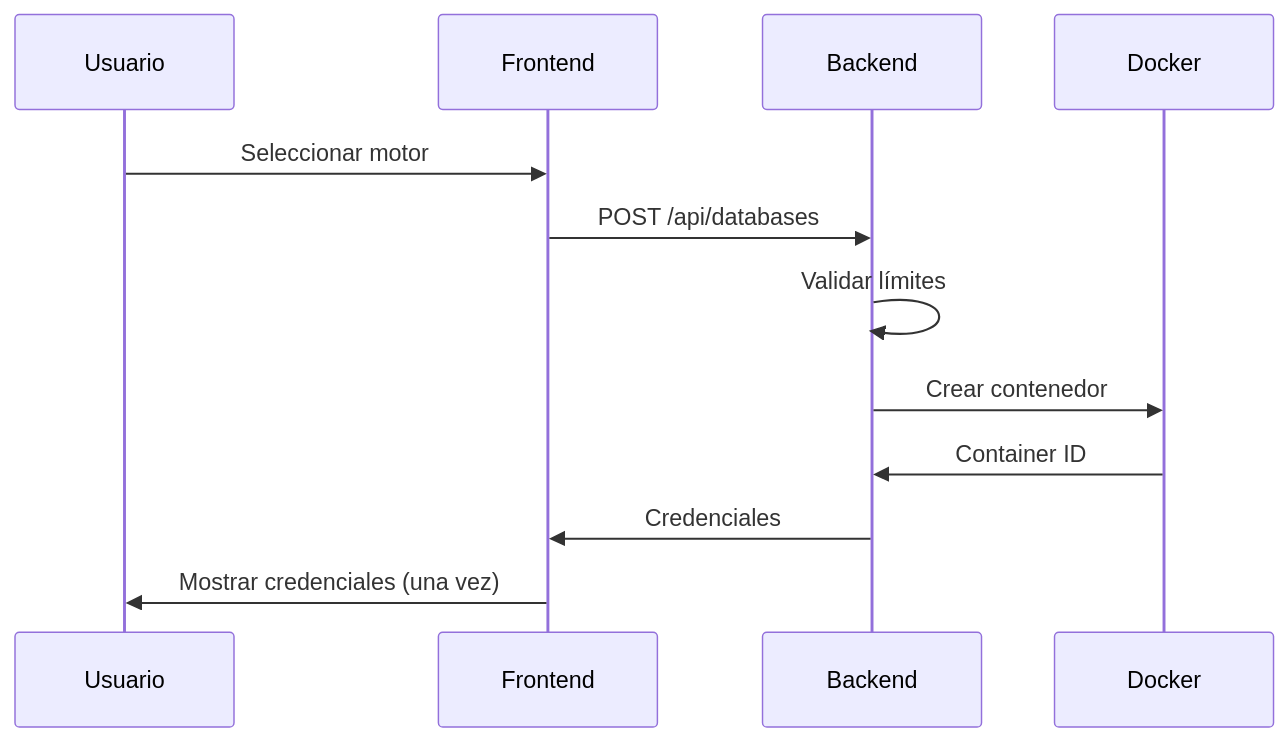
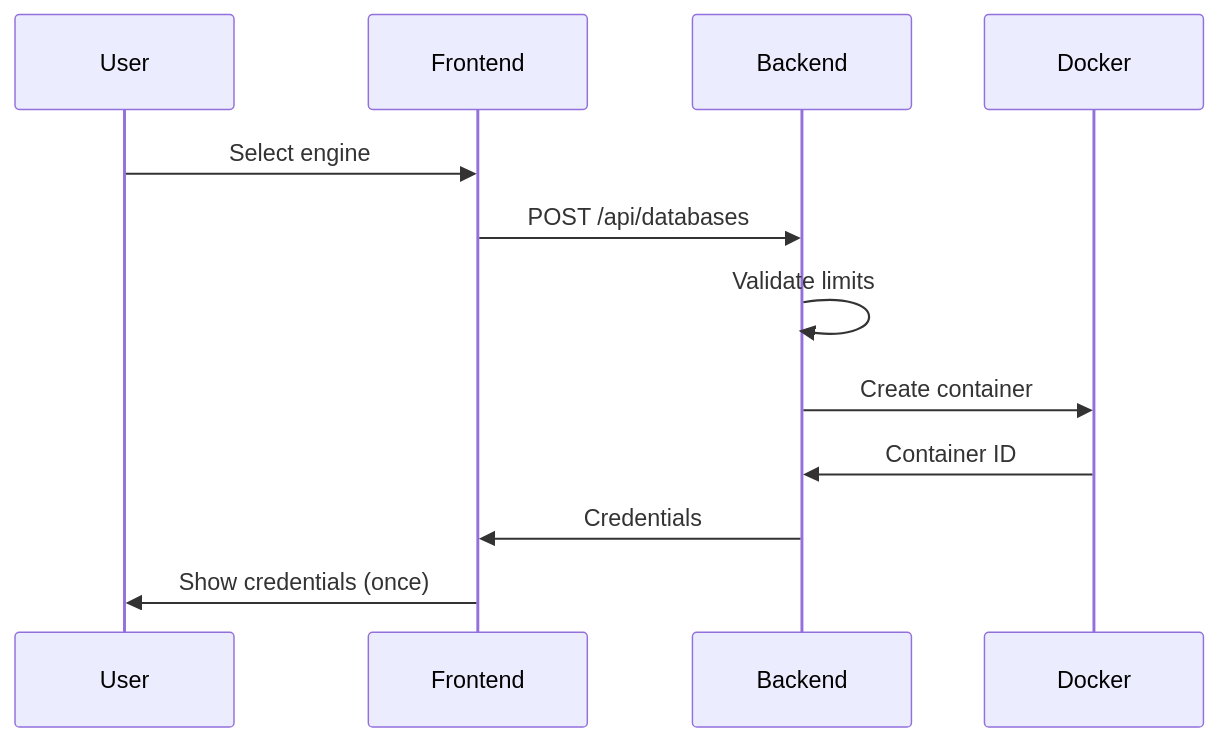
The third of 3 diagrams in CrudCloud-Documentation/docs/intro.md (Team-Cold-Brew/CrudCloud-Documentation-ColdBrew), drawn with Mermaid before and after one commit. The commit also changed other lines of this file and 19 other files, not shown here.

````diff
--- a/CrudCloud-Documentation/docs/intro.md
+++ b/CrudCloud-Documentation/docs/intro.md
@@ -92,10 +92,10 @@
 ```mermaid
 sequenceDiagram
-    Usuario->>Frontend: Seleccionar motor
+    User->>Frontend: Select engine
     Frontend->>Backend: POST /api/databases
-    Backend->>Backend: Validar límites
-    Backend->>Docker: Crear contenedor
+    Backend->>Backend: Validate limits
+    Backend->>Docker: Create container
     Docker->>Backend: Container ID
-    Backend->>Frontend: Credenciales
-    Frontend->>Usuario: Mostrar credenciales (una vez)
+    Backend->>Frontend: Credentials
+    Frontend->>User: Show credentials (once)
 ```
````
